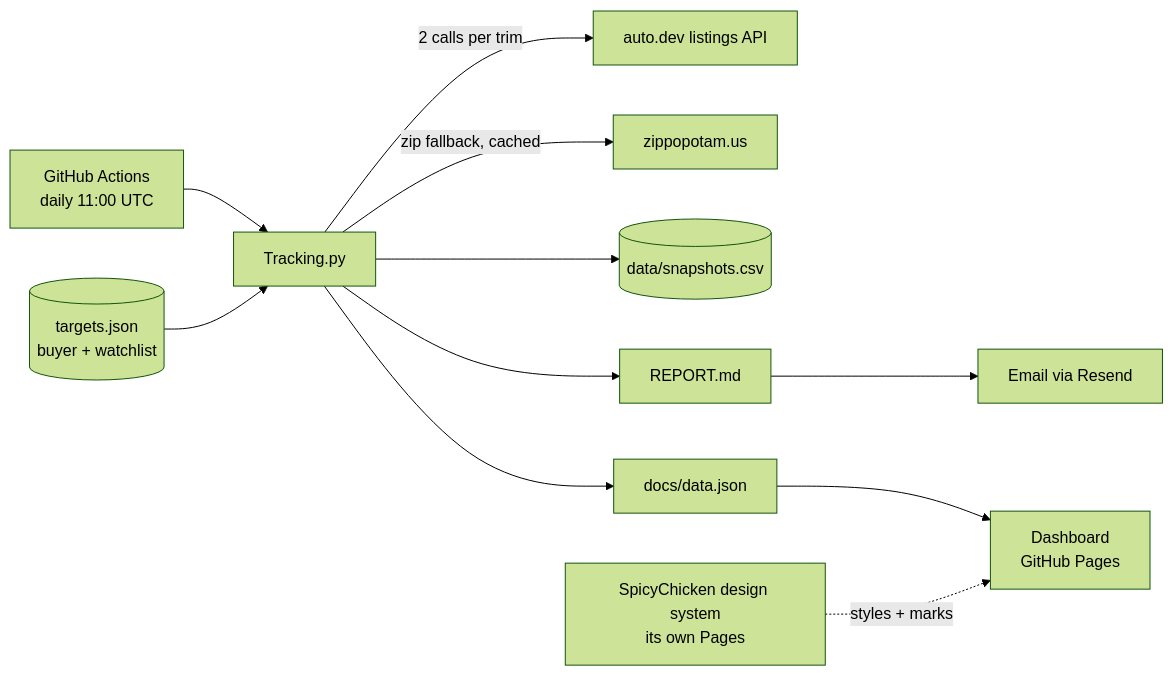
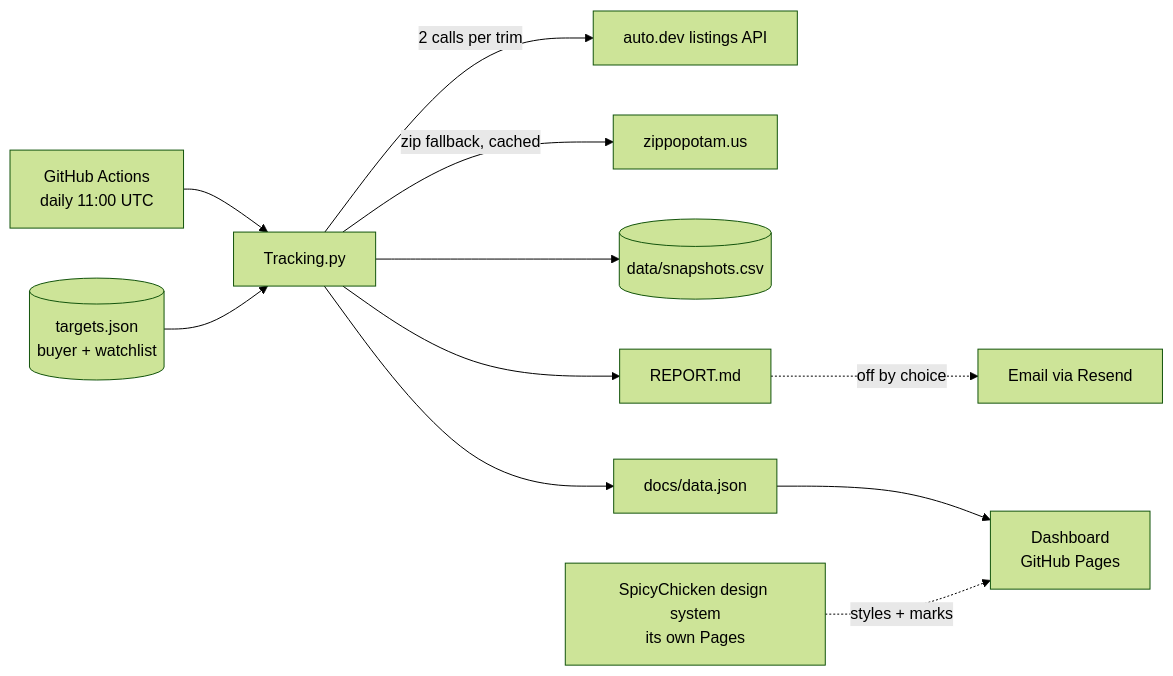
The diagram in README.md (spicyChicken59/SpicyCar), drawn with Mermaid (forest theme) before and after one commit. The commit also changed other lines of this file and 9 other files, not shown here.

````diff
--- a/README.md
+++ b/README.md
@@ -118,13 +121,13 @@
 ```mermaid
 flowchart LR
   cron[GitHub Actions<br>daily 11:00 UTC] --> py[Tracking.py]
   cfg[(targets.json<br>buyer + watchlist)] --> py
   py -->|2 calls per trim| api[auto.dev listings API]
   py -->|zip fallback, cached| geo[zippopotam.us]
   py --> csv[(data/snapshots.csv)]
   py --> rep[REPORT.md]
   py --> json[docs/data.json]
-  rep --> mail[Email via Resend]
+  rep -. off by choice .-> mail[Email via Resend]
   json --> dash[Dashboard<br>GitHub Pages]
   ds[SpicyChicken design system<br>its own Pages] -. styles + marks .-> dash
 ```
````
